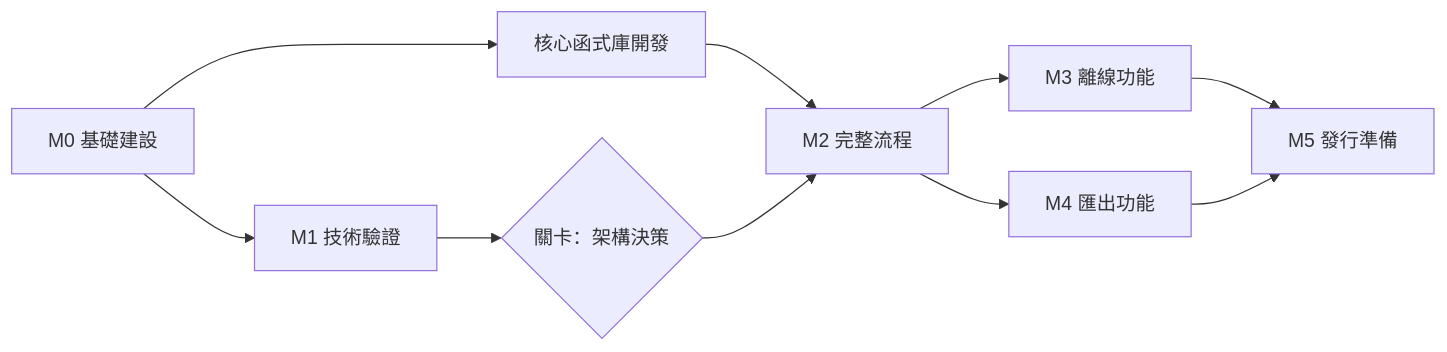
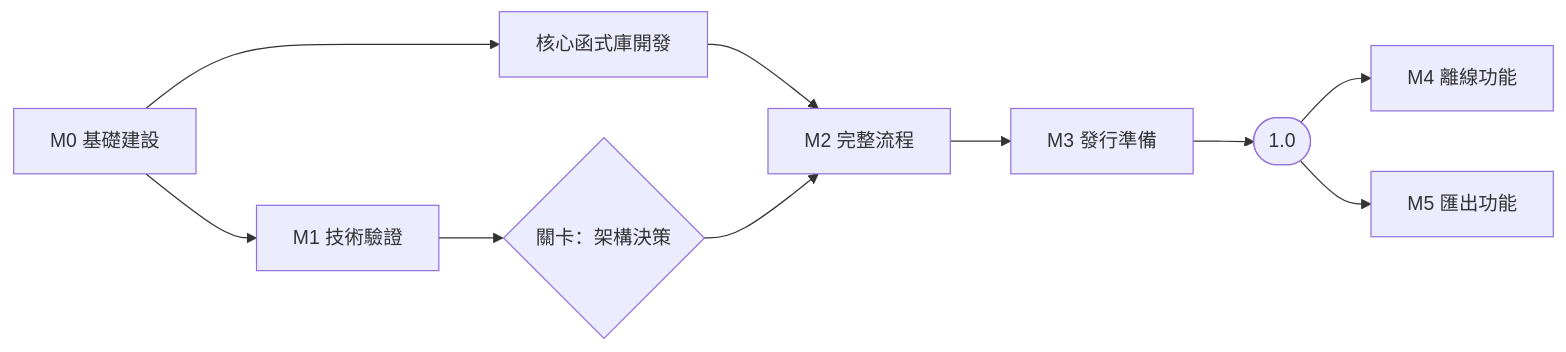
Before and after one commit to JimmyCodeWork/TripReplay: the diagram in docs/zh-TW/roadmap.md, drawn with Mermaid. The commit also changed other lines of this file and 13 other files, not shown here.

````diff
--- a/docs/zh-TW/roadmap.md
+++ b/docs/zh-TW/roadmap.md
@@ -17,12 +17,12 @@
 ```mermaid
 flowchart LR
     M0[M0 基礎建設] --> M1[M1 技術驗證]
     M0 --> Core[核心函式庫開發]
     Core --> M2
     M1 --> G1{關卡：架構決策}
     G1 --> M2[M2 完整流程]
-    M2 --> M3[M3 離線功能]
-    M2 --> M4[M4 匯出功能]
-    M3 --> M5[M5 發行準備]
-    M4 --> M5
+    M2 --> M3[M3 發行準備]
+    M3 --> R1([1.0])
+    R1 --> M4[M4 離線功能]
+    R1 --> M5[M5 匯出功能]
 ```
````
